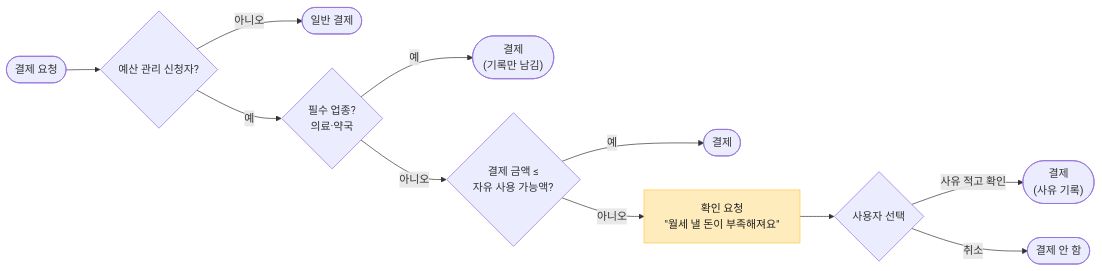
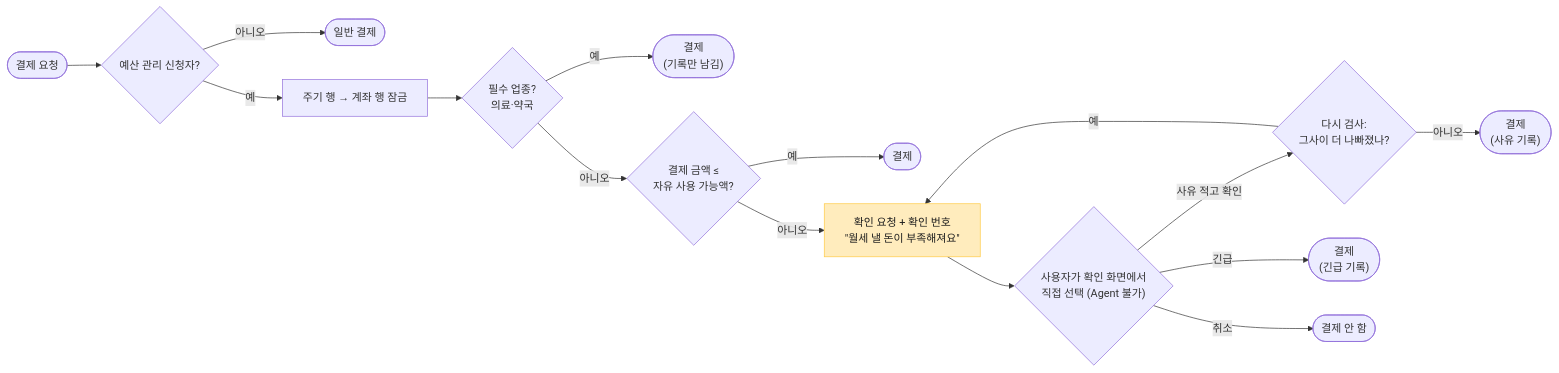
One commit to noviz-domino/avengers-bank-noviz changed the seventh of 8 diagrams in docs/planning/user-flows.md. Above: the diagram before and after it, drawn with Mermaid. The commit also changed other lines of this file and 5 other files, not shown here.

````diff
--- a/docs/planning/user-flows.md
+++ b/docs/planning/user-flows.md
@@ -105,14 +105,18 @@
 ```mermaid
 flowchart LR
     A([결제 요청]) --> B{예산 관리 신청자?}
     B -- 아니오 --> P([일반 결제])
-    B -- 예 --> C{필수 업종?<br/>의료·약국}
+    B -- 예 --> L["주기 행 → 계좌 행 잠금"]
+    L --> C{필수 업종?<br/>의료·약국}
     C -- 예 --> P2(["결제<br/>(기록만 남김)"])
     C -- 아니오 --> D{"결제 금액 ≤<br/>자유 사용 가능액?"}
     D -- 예 --> P3([결제])
-    D -- 아니오 --> E["확인 요청<br/>#quot;월세 낼 돈이 부족해져요#quot;"]:::ask
-    E --> F{사용자 선택}
-    F -- 사유 적고 확인 --> P4(["결제<br/>(사유 기록)"])
+    D -- 아니오 --> E["확인 요청 + 확인 번호<br/>#quot;월세 낼 돈이 부족해져요#quot;"]:::ask
+    E --> F{"사용자가 확인 화면에서<br/>직접 선택 (Agent 불가)"}
+    F -- 사유 적고 확인 --> R{"다시 검사:<br/>그사이 더 나빠졌나?"}
+    R -- 아니오 --> P4(["결제<br/>(사유 기록)"])
+    R -- 예 --> E
+    F -- 긴급 --> P5(["결제<br/>(긴급 기록)"])
     F -- 취소 --> X([결제 안 함])
     classDef ask fill:#FFECBD,stroke:#FFC943,color:#1E1E1E
 ```
````
